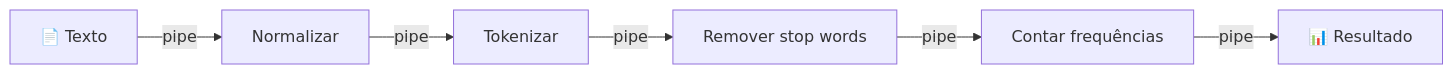
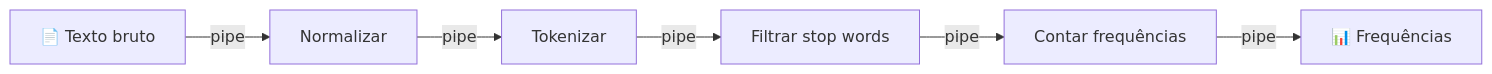
The second of 2 diagrams in content/01-pipe-and-filter/slides.qmd (thiagoleal435/guia-arquitetura-de-software), drawn with Mermaid before and after one commit. The commit also changed other lines of this file and 1 other file, not shown here.

````diff
--- a/content/01-pipe-and-filter/slides.qmd
+++ b/content/01-pipe-and-filter/slides.qmd
@@ -110,8 +120,8 @@
 ```{mermaid}
 flowchart LR
-    IN["📄 Texto"] -->|pipe| F1["Normalizar"]
+    IN["📄 Texto bruto"] -->|pipe| F1["Normalizar"]
     F1 -->|pipe| F2["Tokenizar"]
-    F2 -->|pipe| F3["Remover stop words"]
+    F2 -->|pipe| F3["Filtrar stop words"]
     F3 -->|pipe| F4["Contar frequências"]
-    F4 -->|pipe| OUT["📊 Resultado"]
+    F4 -->|pipe| OUT["📊 Frequências"]
 ```
````
